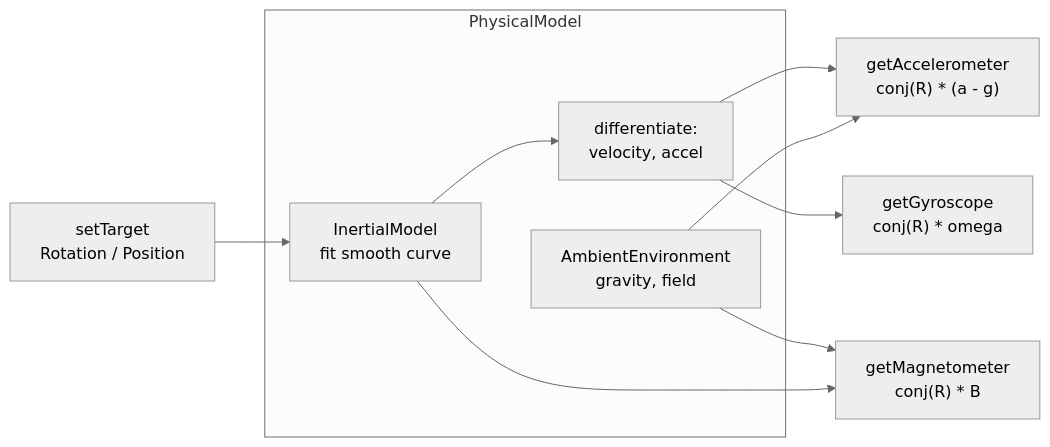
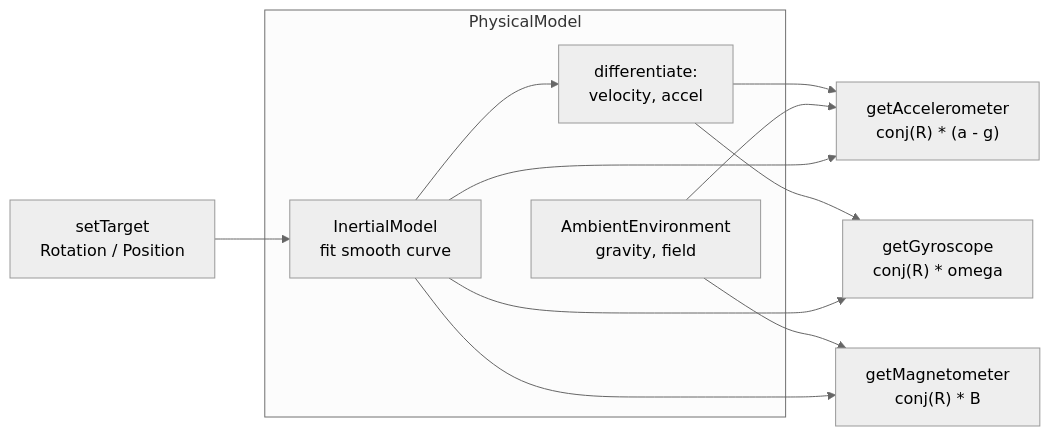
The third of 6 diagrams in 10-sensors-battery-location.md (aospbooks/android-emulator-internal-book), drawn with Mermaid (neutral theme) before and after one commit. The commit also changed other lines of this file and 31 other files, not shown here.

````diff
--- a/10-sensors-battery-location.md
+++ b/10-sensors-battery-location.md
@@ -237,19 +237,21 @@
 ```mermaid
 flowchart LR
     TGT["setTarget<br/>Rotation / Position"]
     subgraph PM["PhysicalModel"]
         IM["InertialModel<br/>fit smooth curve"]
         AE["AmbientEnvironment<br/>gravity, field"]
         DER["differentiate:<br/>velocity, accel"]
     end
     ACC["getAccelerometer<br/>conj(R) * (a - g)"]
     GYR["getGyroscope<br/>conj(R) * omega"]
     MAG["getMagnetometer<br/>conj(R) * B"]
     TGT --> IM
     IM --> DER
     DER --> ACC
     AE --> ACC
+    IM --> ACC
     DER --> GYR
+    IM --> GYR
     AE --> MAG
     IM --> MAG
 ```
````
